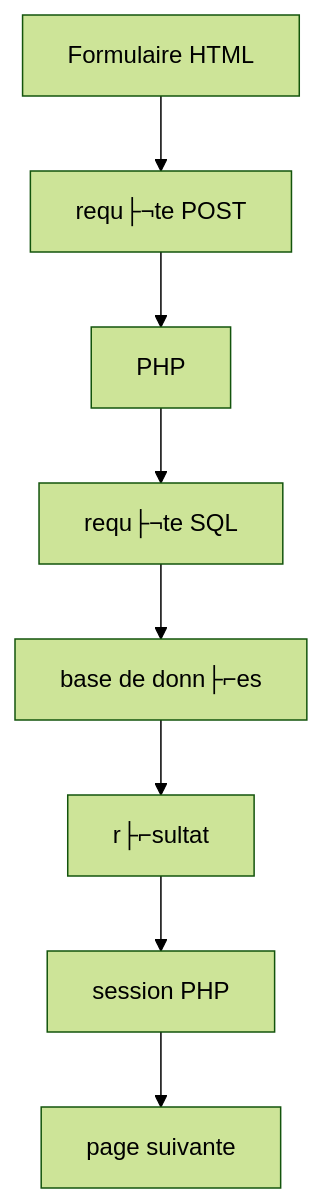
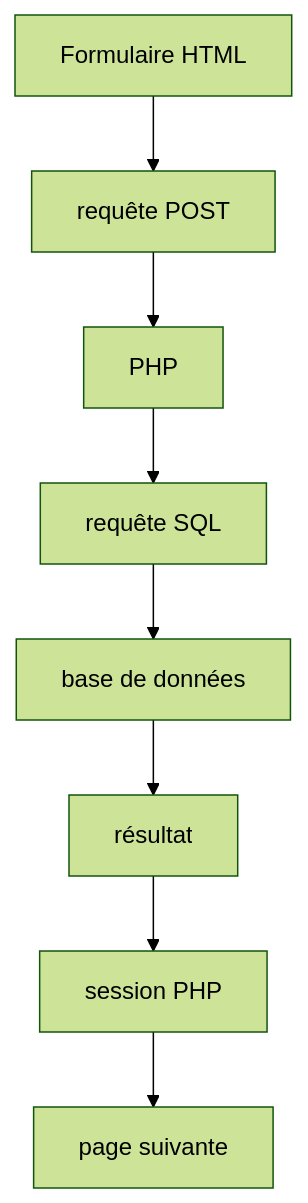
One commit to SP-MMIBdx/M2-weux-projet-dev-ux changed the seventh of 8 diagrams in docs/plan_dev.md. Above: the diagram before and after it, drawn with Mermaid (forest theme). The commit also changed other lines of this file and 3 other files, not shown here.

````diff
--- a/docs/plan_dev.md
+++ b/docs/plan_dev.md
@@ -587,18 +579,18 @@
 ```mermaid
 flowchart TD
     N0["Formulaire HTML"]
-    N1["requ├¬te POST"]
+    N1["requête POST"]
     N2["PHP"]
-    N3["requ├¬te SQL"]
-    N4["base de donn├⌐es"]
-    N5["r├⌐sultat"]
+    N3["requête SQL"]
+    N4["base de données"]
+    N5["résultat"]
     N6["session PHP"]
     N7["page suivante"]
     N0 --> N1
     N1 --> N2
     N2 --> N3
     N3 --> N4
     N4 --> N5
     N5 --> N6
     N6 --> N7
 ```
````
